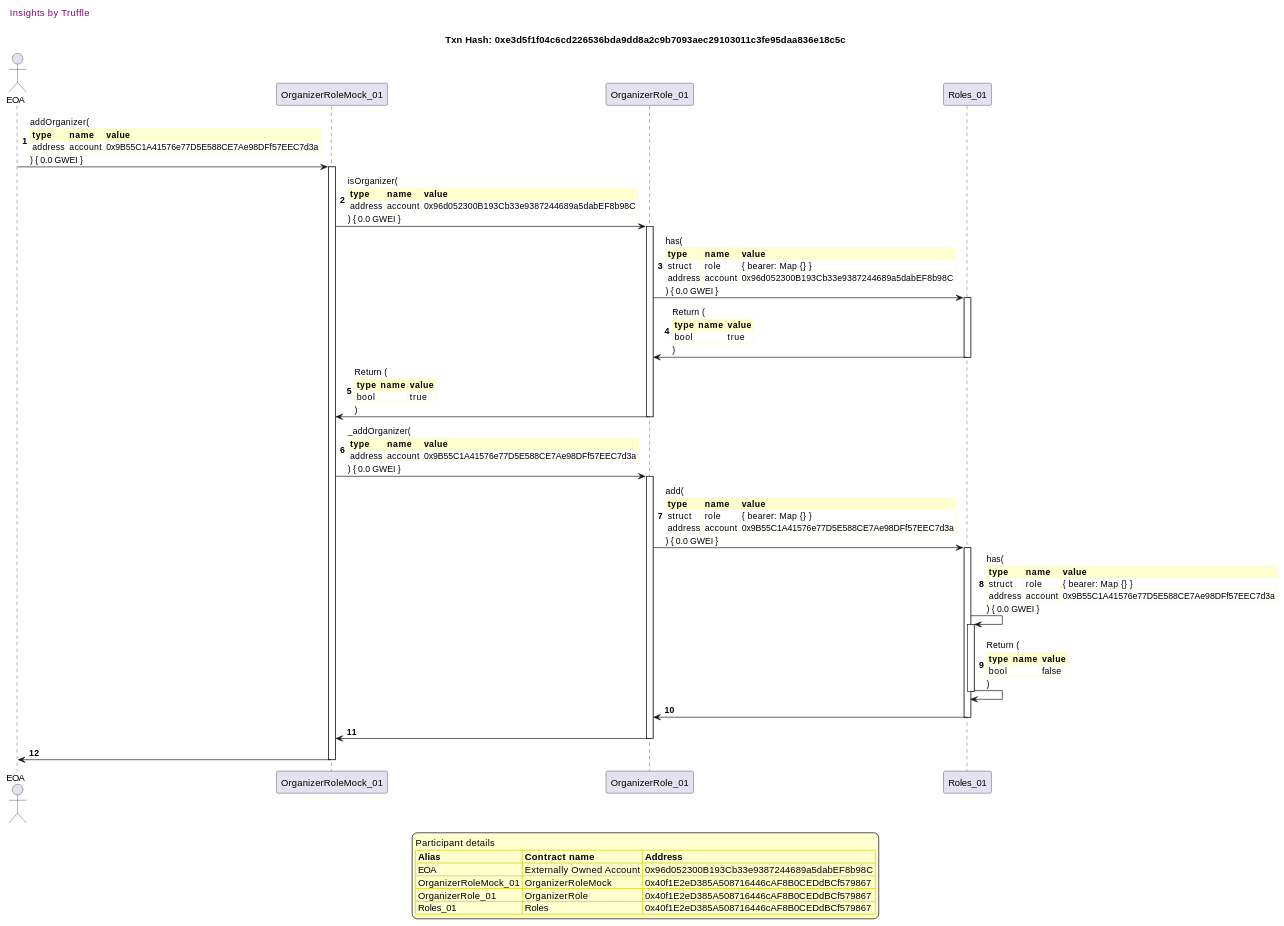
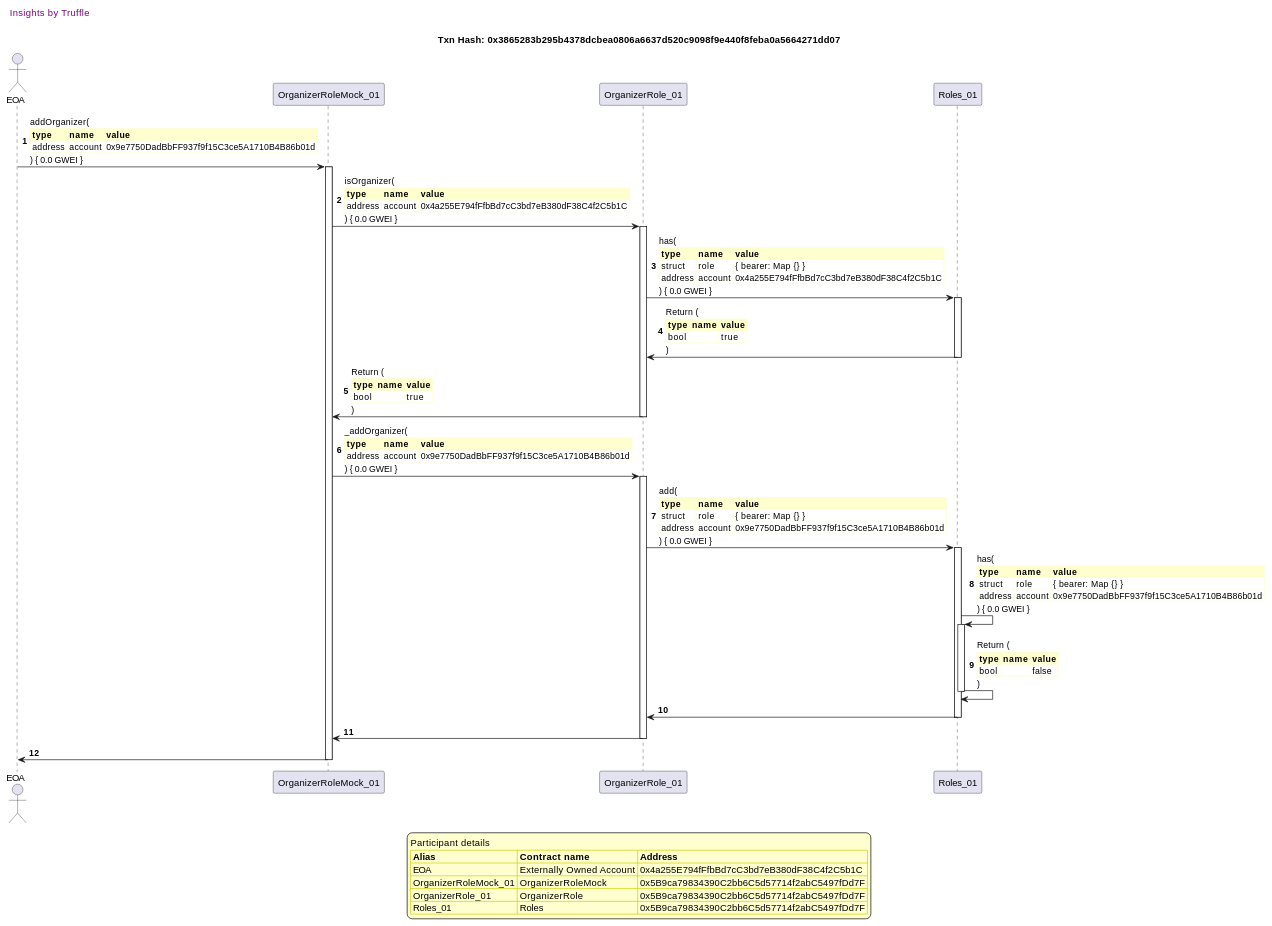
Diagram 16 of 41 in truffle-seq/roles_organizerrole.md (fodisi/hackapay), drawn with PlantUML before and after one commit. The commit also changed other lines of this file and 10 other files, not shown here.

````diff
--- a/truffle-seq/roles_organizerrole.md
+++ b/truffle-seq/roles_organizerrole.md
@@ -1208,81 +1208,81 @@
 ```plantuml
 
 
 @startuml
 
 autonumber
 skinparam legendBackgroundColor #FEFECE
 
 <style>
       header {
         HorizontalAlignment left
         FontColor purple
         FontSize 14
         Padding 10
       }
     </style>
 
 header Insights by Truffle
 
-title Txn Hash: 0xe3d5f1f04c6cd226536bda9dd8a2c9b7093aec29103011c3fe95daa836e18c5c
+title Txn Hash: 0x3865283b295b4378dcbea0806a6637d520c9098f9e440f8feba0a5664271dd07
 
 
 actor EOA as "EOA"
 participant OrganizerRoleMock_01 as "OrganizerRoleMock_01"
 participant OrganizerRole_01 as "OrganizerRole_01"
 participant Roles_01 as "Roles_01"
 
 "EOA" -> "OrganizerRoleMock_01" ++: addOrganizer(\n\
 <#FEFECE,#FEFECE>|= type |= name |= value |\n\
-| address | account | 0x9B55C1A41576e77D5E588CE7Ae98DFf57EEC7d3a |\n\
+| address | account | 0x9e7750DadBbFF937f9f15C3ce5A1710B4B86b01d |\n\
 ) { 0.0 GWEI }
 "OrganizerRoleMock_01" -> "OrganizerRole_01" ++: isOrganizer(\n\
 <#FEFECE,#FEFECE>|= type |= name |= value |\n\
-| address | account | 0x96d052300B193Cb33e9387244689a5dabEF8b98C |\n\
+| address | account | 0x4a255E794fFfbBd7cC3bd7eB380dF38C4f2C5b1C |\n\
 ) { 0.0 GWEI }
 "OrganizerRole_01" -> "Roles_01" ++: has(\n\
 <#FEFECE,#FEFECE>|= type |= name |= value |\n\
 | struct | role | { bearer: Map {} } |\n\
-| address | account | 0x96d052300B193Cb33e9387244689a5dabEF8b98C |\n\
+| address | account | 0x4a255E794fFfbBd7cC3bd7eB380dF38C4f2C5b1C |\n\
 ) { 0.0 GWEI }
 "Roles_01" -> "OrganizerRole_01" --: Return (\n\
 <#FEFECE,#FEFECE>|= type |= name |= value |\n\
 | bool |  | true |\n\
 )
 "OrganizerRole_01" -> "OrganizerRoleMock_01" --: Return (\n\
 <#FEFECE,#FEFECE>|= type |= name |= value |\n\
 | bool |  | true |\n\
 )
 "OrganizerRoleMock_01" -> "OrganizerRole_01" ++: _addOrganizer(\n\
 <#FEFECE,#FEFECE>|= type |= name |= value |\n\
-| address | account | 0x9B55C1A41576e77D5E588CE7Ae98DFf57EEC7d3a |\n\
+| address | account | 0x9e7750DadBbFF937f9f15C3ce5A1710B4B86b01d |\n\
 ) { 0.0 GWEI }
 "OrganizerRole_01" -> "Roles_01" ++: add(\n\
 <#FEFECE,#FEFECE>|= type |= name |= value |\n\
 | struct | role | { bearer: Map {} } |\n\
-| address | account | 0x9B55C1A41576e77D5E588CE7Ae98DFf57EEC7d3a |\n\
+| address | account | 0x9e7750DadBbFF937f9f15C3ce5A1710B4B86b01d |\n\
 ) { 0.0 GWEI }
 "Roles_01" -> "Roles_01" ++: has(\n\
 <#FEFECE,#FEFECE>|= type |= name |= value |\n\
 | struct | role | { bearer: Map {} } |\n\
-| address | account | 0x9B55C1A41576e77D5E588CE7Ae98DFf57EEC7d3a |\n\
+| address | account | 0x9e7750DadBbFF937f9f15C3ce5A1710B4B86b01d |\n\
 ) { 0.0 GWEI }
 "Roles_01" -> "Roles_01" --: Return (\n\
 <#FEFECE,#FEFECE>|= type |= name |= value |\n\
 | bool |  | false |\n\
 )
 "Roles_01" -> "OrganizerRole_01" --: 
 "OrganizerRole_01" -> "OrganizerRoleMock_01" --: 
 "OrganizerRoleMock_01" -> "EOA" --: 
 
 legend
 Participant details
 <#FEFECE,#D0D000>|= Alias |= Contract name |= Address |
-<#FEFECE>| EOA | Externally Owned Account | 0x96d052300B193Cb33e9387244689a5dabEF8b98C |
-<#FEFECE>| OrganizerRoleMock_01 | OrganizerRoleMock | 0x40f1E2eD385A508716446cAF8B0CEDdBCf579867 |
-<#FEFECE>| OrganizerRole_01 | OrganizerRole | 0x40f1E2eD385A508716446cAF8B0CEDdBCf579867 |
-<#FEFECE>| Roles_01 | Roles | 0x40f1E2eD385A508716446cAF8B0CEDdBCf579867 |
+<#FEFECE>| EOA | Externally Owned Account | 0x4a255E794fFfbBd7cC3bd7eB380dF38C4f2C5b1C |
+<#FEFECE>| OrganizerRoleMock_01 | OrganizerRoleMock | 0x5B9ca79834390C2bb6C5d57714f2abC5497fDd7F |
+<#FEFECE>| OrganizerRole_01 | OrganizerRole | 0x5B9ca79834390C2bb6C5d57714f2abC5497fDd7F |
+<#FEFECE>| Roles_01 | Roles | 0x5B9ca79834390C2bb6C5d57714f2abC5497fDd7F |
 endlegend
 
 @enduml
 ```
````
